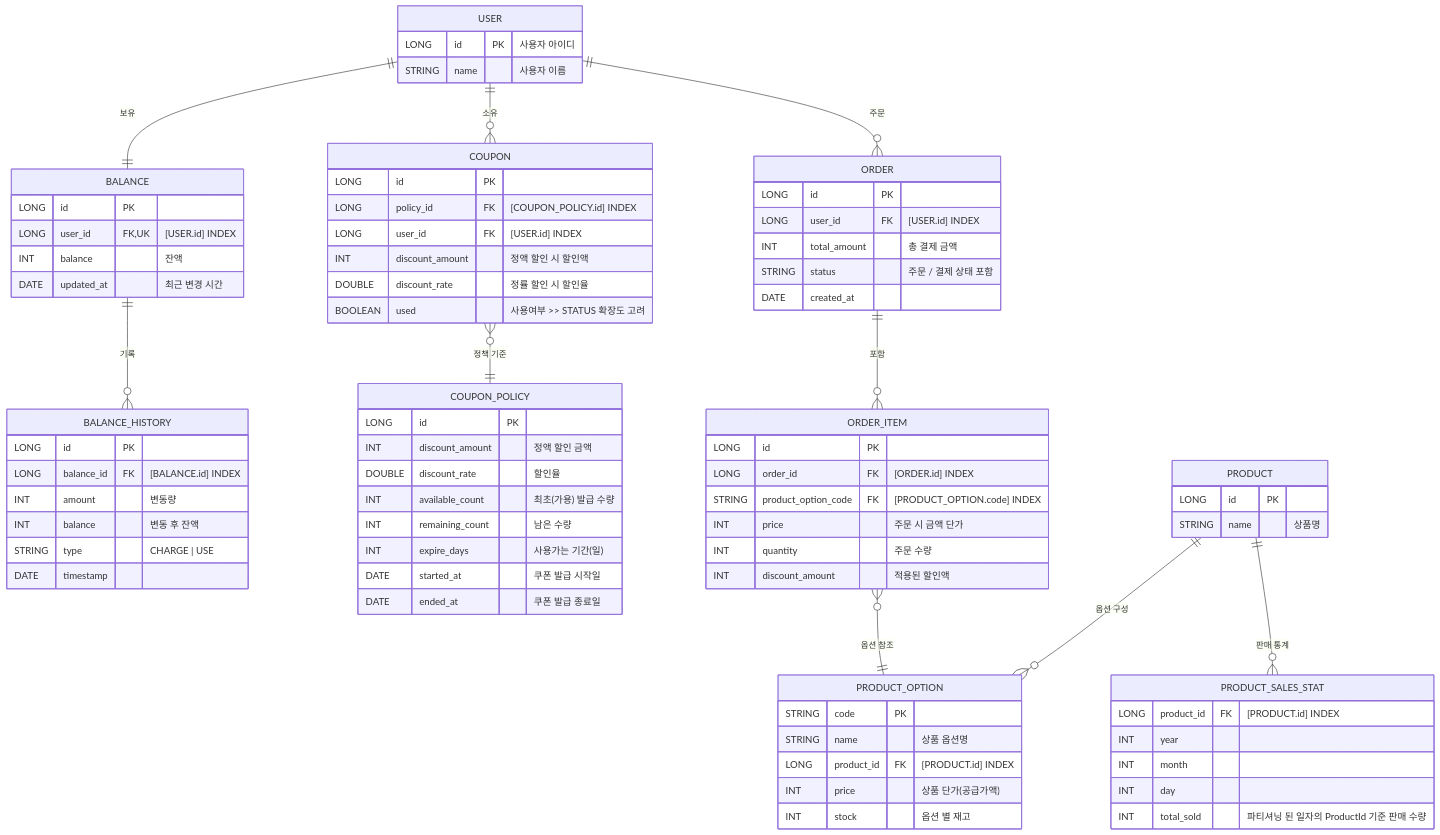
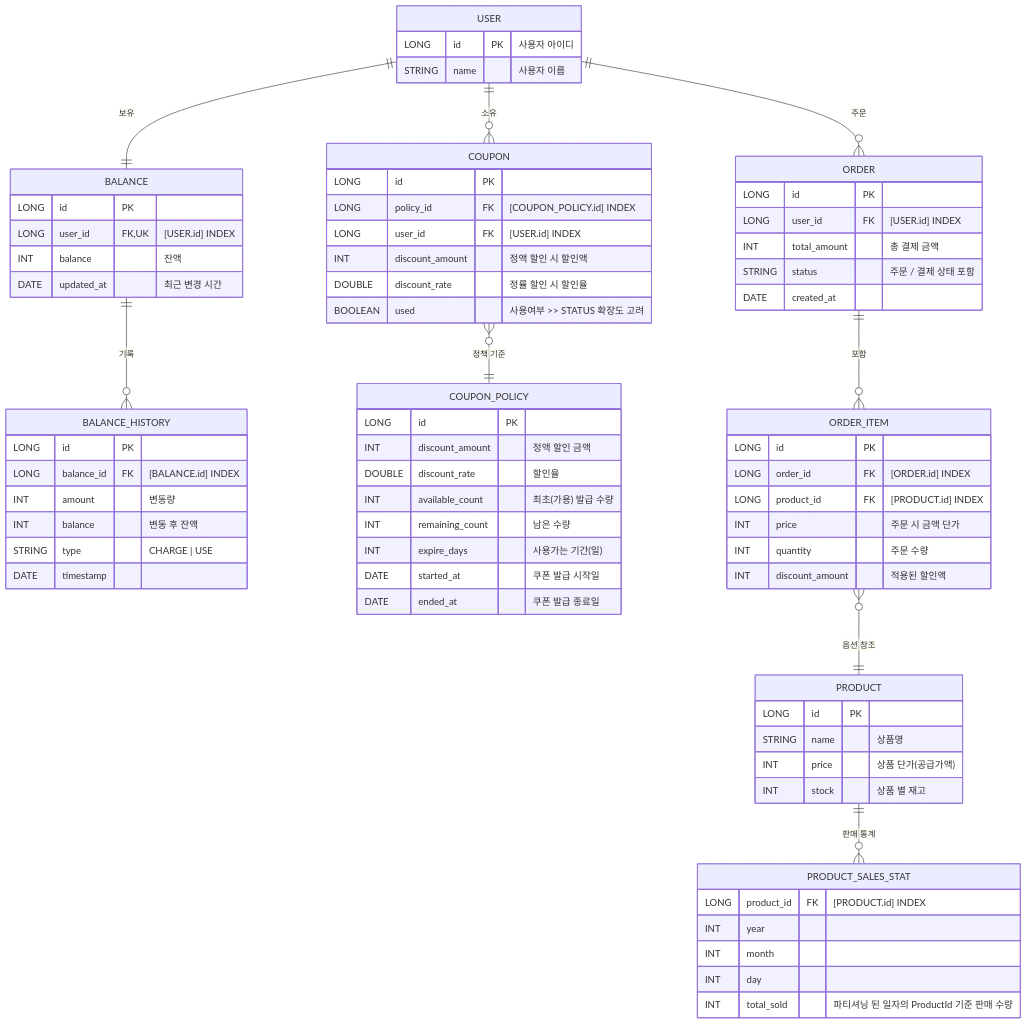
Before and after one commit to hanghae-plus-anveloper/e-commerce: the first of 6 diagrams in docs/entity-relationship-diagram/erd-table-group.md, drawn with Mermaid. The commit also changed other lines of this file and 2 other files, not shown here.

Commit message:
docs: ProductOption 관련 로직 삭제

````diff
--- a/docs/entity-relationship-diagram/erd-table-group.md
+++ b/docs/entity-relationship-diagram/erd-table-group.md
@@ -57,7 +57,7 @@
     ORDER_ITEM {
         LONG    id PK
         LONG    order_id FK             "[ORDER.id] INDEX"
-        STRING  product_option_code FK  "[PRODUCT_OPTION.code] INDEX"
+        LONG    product_id FK           "[PRODUCT.id] INDEX"
         %% 주문 시와 현재 상품 금액과 다를 수 있음
         INT     price                   "주문 시 금액 단가"
         INT     quantity                "주문 수량"
@@ -68,14 +68,8 @@
     PRODUCT {
         LONG    id PK
         STRING  name    "상품명"
-    }
-
-    PRODUCT_OPTION {
-        STRING  code PK
-        STRING  name            "상품 옵션명"
-        LONG    product_id FK   "[PRODUCT.id] INDEX"
-        INT     price           "상품 단가(공급가액)"
-        INT     stock           "옵션 별 재고"
+        INT     price   "상품 단가(공급가액)"
+        INT     stock   "상품 별 재고"
     }
     
     %% 상품 기준 사전 집계 혹은 요청 시 1회 집계 후 재사용
@@ -96,8 +90,7 @@
     COUPON }o--|| COUPON_POLICY : "정책 기준"
     USER ||--o{ ORDER : "주문"
     ORDER ||--o{ ORDER_ITEM : "포함"
-    ORDER_ITEM }o--|| PRODUCT_OPTION : "옵션 참조"
-    PRODUCT ||--o{ PRODUCT_OPTION : "옵션 구성"
+    ORDER_ITEM }o--|| PRODUCT : "옵션 참조"
     PRODUCT ||--o{ PRODUCT_SALES_STAT : "판매 통계"
 
 ```
````
